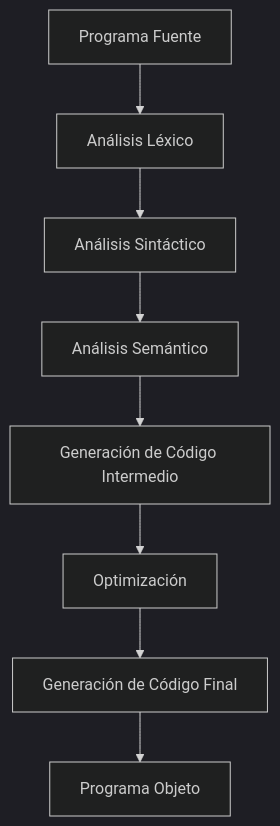
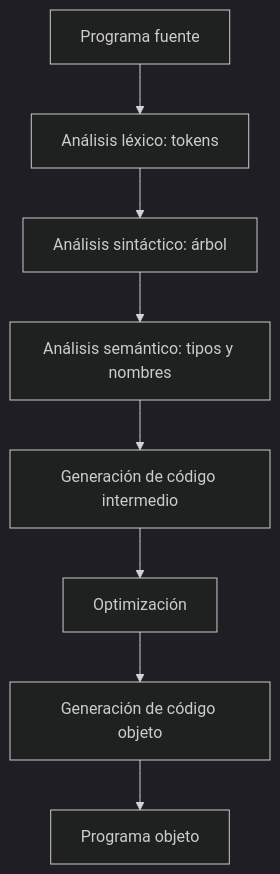
The diagram in public/documents/semester-7/1/7111.md (djaimej/computer-science-template), drawn with Mermaid (dark theme) before and after one commit. The commit also changed other lines of this file and 6 other files, not shown here.

````diff
--- a/public/documents/semester-7/1/7111.md
+++ b/public/documents/semester-7/1/7111.md
@@ -17,10 +17,10 @@
 ```mermaid
 flowchart TD
-    A[Programa Fuente] --> B[Análisis Léxico]
-    B --> C[Análisis Sintáctico]
-    C --> D[Análisis Semántico]
-    D --> E[Generación de Código Intermedio]
-    E --> F[Optimización]
-    F --> G[Generación de Código Final]
-    G --> H[Programa Objeto]
+    A["Programa fuente"] --> B["Análisis léxico: tokens"]
+    B --> C["Análisis sintáctico: árbol"]
+    C --> D["Análisis semántico: tipos y nombres"]
+    D --> E["Generación de código intermedio"]
+    E --> F["Optimización"]
+    F --> G["Generación de código objeto"]
+    G --> H["Programa objeto"]
 ```
````
